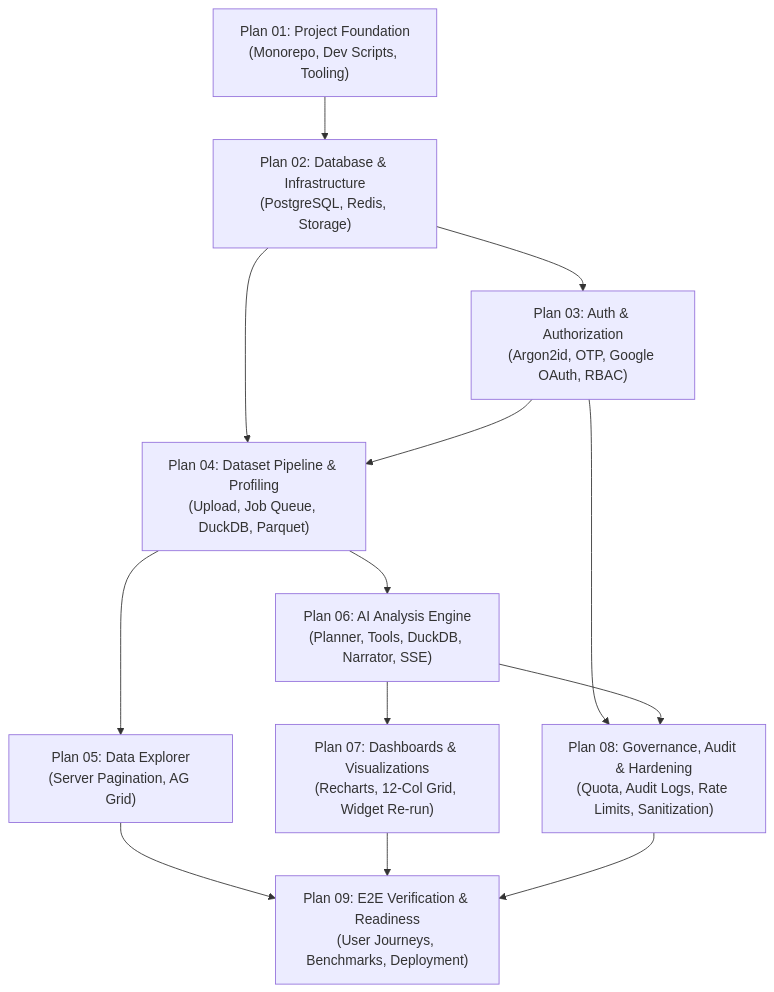
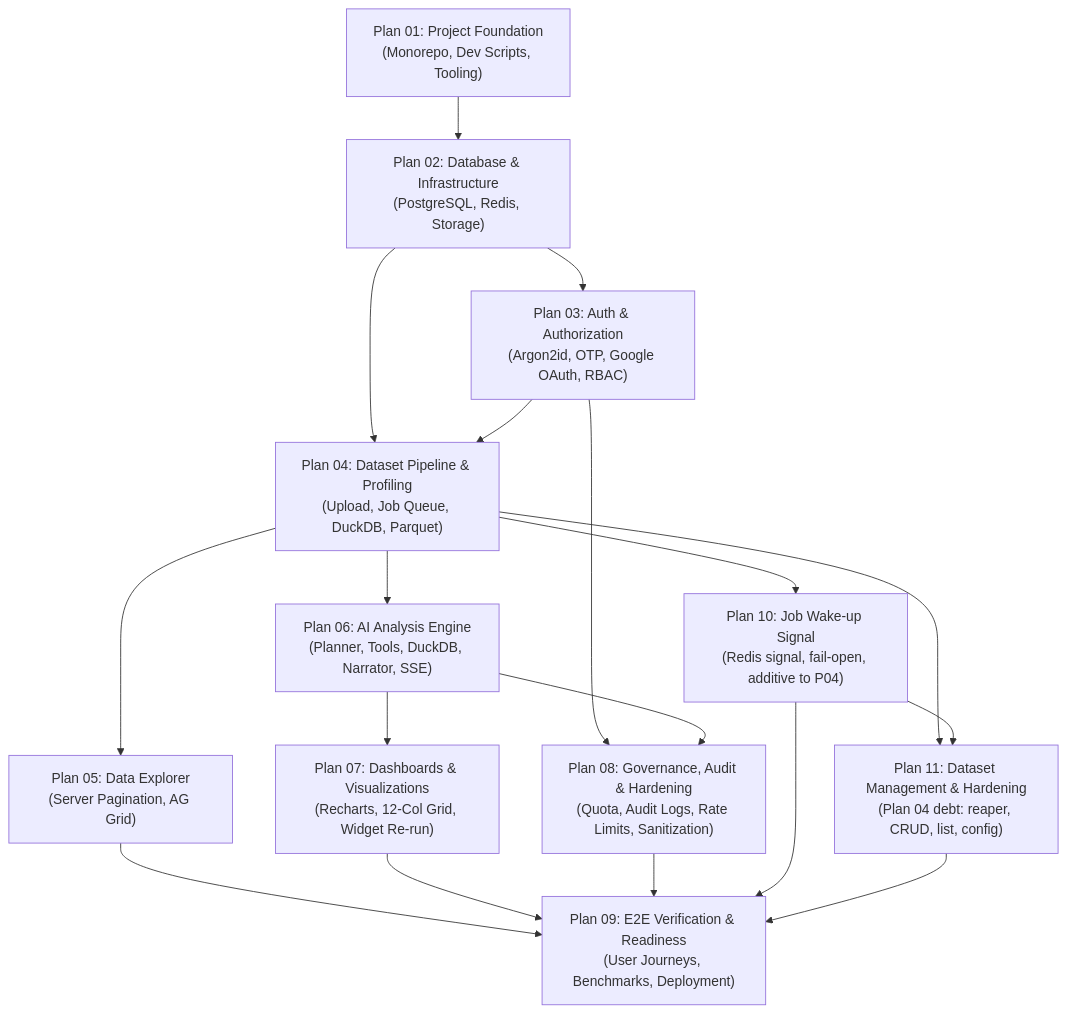
One commit to Ryunoo09/insightflow_ai changed the diagram in planning/00-roadmap.md. Above: the diagram before and after it, drawn with Mermaid. The commit also changed other lines of this file and 6 other files, not shown here.

````diff
--- a/planning/00-roadmap.md
+++ b/planning/00-roadmap.md
@@ -41,25 +41,32 @@
 ```mermaid
 flowchart TD
     P01["Plan 01: Project Foundation<br/>(Monorepo, Dev Scripts, Tooling)"]
     P02["Plan 02: Database & Infrastructure<br/>(PostgreSQL, Redis, Storage)"]
     P03["Plan 03: Auth & Authorization<br/>(Argon2id, OTP, Google OAuth, RBAC)"]
     P04["Plan 04: Dataset Pipeline & Profiling<br/>(Upload, Job Queue, DuckDB, Parquet)"]
     P05["Plan 05: Data Explorer<br/>(Server Pagination, AG Grid)"]
     P06["Plan 06: AI Analysis Engine<br/>(Planner, Tools, DuckDB, Narrator, SSE)"]
     P07["Plan 07: Dashboards & Visualizations<br/>(Recharts, 12-Col Grid, Widget Re-run)"]
     P08["Plan 08: Governance, Audit & Hardening<br/>(Quota, Audit Logs, Rate Limits, Sanitization)"]
     P09["Plan 09: E2E Verification & Readiness<br/>(User Journeys, Benchmarks, Deployment)"]
+    P10["Plan 10: Job Wake-up Signal<br/>(Redis signal, fail-open, additive to P04)"]
+    P11["Plan 11: Dataset Management & Hardening<br/>(Plan 04 debt: reaper, CRUD, list, config)"]
 
     P01 --> P02
     P02 --> P03
     P02 --> P04
     P03 --> P04
     P04 --> P05
     P04 --> P06
     P03 --> P08
     P06 --> P07
     P06 --> P08
+    P04 --> P10
+    P04 --> P11
+    P10 --> P11
     P05 --> P09
     P07 --> P09
     P08 --> P09
+    P10 --> P09
+    P11 --> P09
 ```
````
